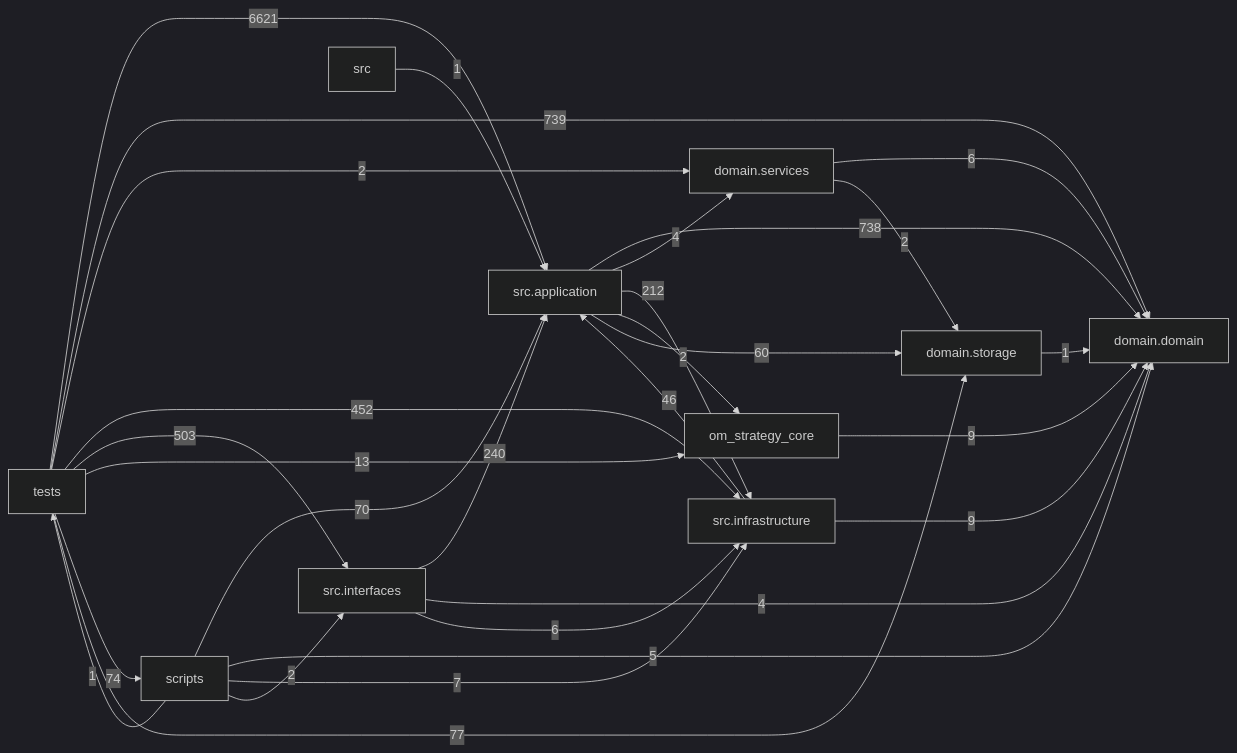
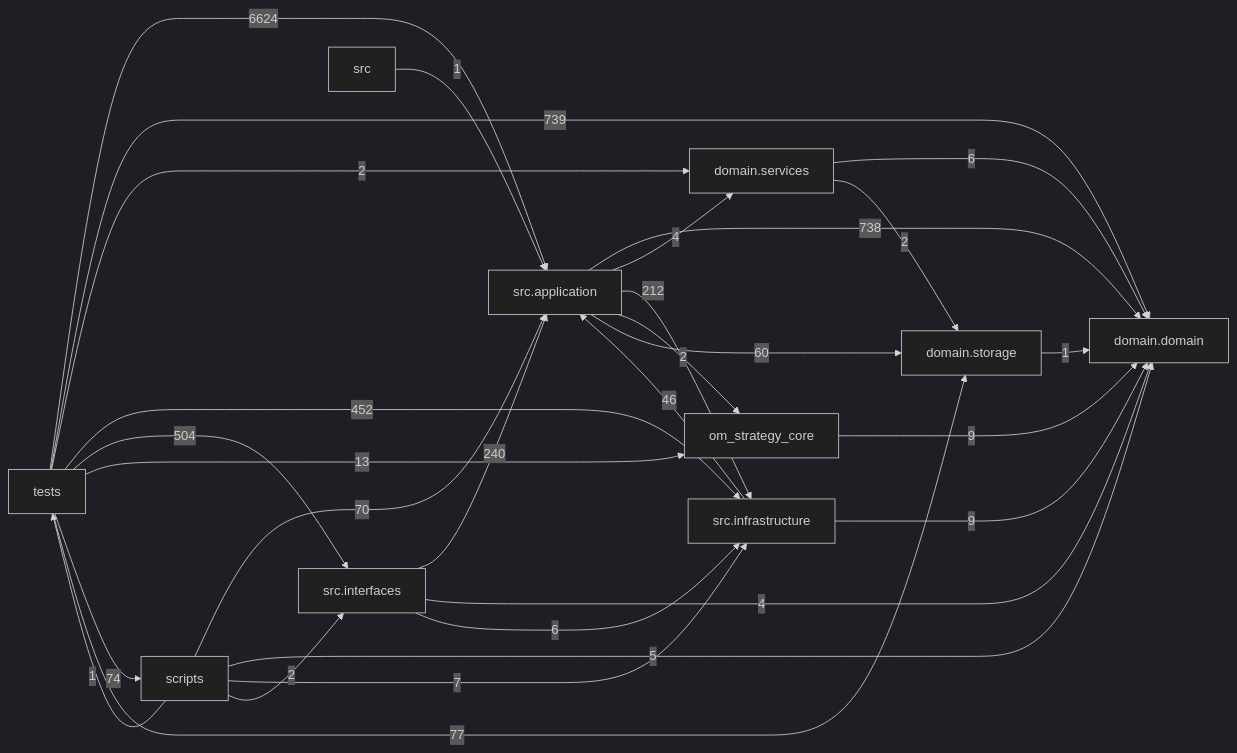
Before and after one commit to liuxie066/options-monitor: the diagram in docs/DEPENDENCY_GRAPH.md, drawn with Mermaid (dark theme). The commit also changed other lines of this file and 2 other files, not shown here.

````diff
--- a/docs/DEPENDENCY_GRAPH.md
+++ b/docs/DEPENDENCY_GRAPH.md
@@ -24,39 +24,39 @@
 ```mermaid
 flowchart LR
   tests["tests"]
   scripts["scripts"]
   interfaces["src.interfaces"]
   application["src.application"]
   infrastructure["src.infrastructure"]
   domain_services["domain.services"]
   domain["domain.domain"]
   storage["domain.storage"]
   application -->|738| domain
   application -->|4| domain_services
   application -->|212| infrastructure
   application -->|2| om_strategy_core
   application -->|60| storage
   domain_services -->|6| domain
   domain_services -->|2| storage
   infrastructure -->|46| application
   infrastructure -->|9| domain
   interfaces -->|240| application
   interfaces -->|4| domain
   interfaces -->|6| infrastructure
   om_strategy_core -->|9| domain
   scripts -->|70| application
   scripts -->|5| domain
   scripts -->|7| infrastructure
   scripts -->|2| interfaces
   scripts -->|1| tests
   src -->|1| application
   storage -->|1| domain
-  tests -->|6621| application
+  tests -->|6624| application
   tests -->|739| domain
   tests -->|2| domain_services
   tests -->|452| infrastructure
-  tests -->|503| interfaces
+  tests -->|504| interfaces
   tests -->|13| om_strategy_core
   tests -->|74| scripts
   tests -->|77| storage
 ```
````
